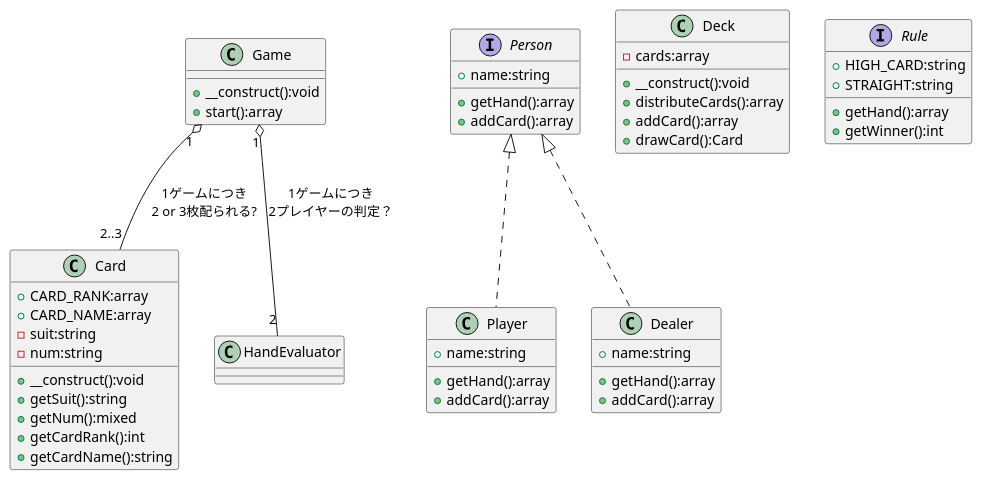
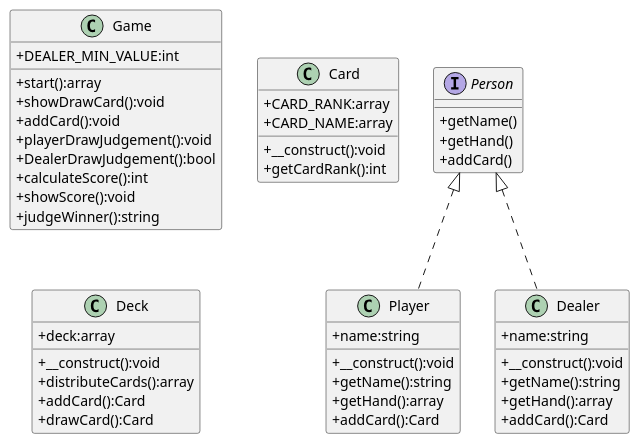
Before and after one commit to tneofull/BlackJack: the diagram in class.pu, drawn with PlantUML. The commit also changed 5 other files, not shown here.

```diff
--- a/class.pu
+++ b/class.pu
@@ -1,62 +1,60 @@
 @startuml
-
+skinparam classAttributeIconSize 0
 
 class Game {
-  ' +cards1:array
-  ' +cards2:array
-  +__construct():void
+  +DEALER_MIN_VALUE:int
+  ' +__construct():void
   +start():array
-
+  +showDrawCard():void
+  +addCard():void
+  +playerDrawJudgement():void
+  +DealerDrawJudgement():bool
+  +calculateScore():int
+  +showScore():void
+  +judgeWinner():string
 }
 
 interface Person {
-  +name:string
-  +getHand():array
-  +addCard():array
+  +getName()
+  +getHand()
+  +addCard()
 }
 
 class Player implements Person {
   +name:string
+  +__construct():void
+  +getName():string
   +getHand():array
-  +addCard():array
+  +addCard():Card
 }
 
 class Dealer implements Person {
   +name:string
+  +__construct():void
+  +getName():string
   +getHand():array
-  +addCard():array
+  +addCard():Card
 }
 
 class Card {
   +CARD_RANK:array
   +CARD_NAME:array
-  -suit:string
-  -num:string
+  ' -suit:string
+  ' -num:string
   +__construct():void
-  +getSuit():string
-  +getNum():mixed
   +getCardRank():int
-  +getCardName():string
+  ' +getSuit():string
+  ' +getNum():mixed
+  ' +getCardName():string
 }
 
 class Deck {
-  -cards:array
+  +deck:array
   +__construct():void
   +distributeCards():array
-  +addCard():array
+  +addCard():Card
   +drawCard():Card
 }
 
-interface Rule {
-  +HIGH_CARD:string
-  +STRAIGHT:string
-  +getHand():array
-  +getWinner():int
-}
-
-
-Game "1" o-- "2..3" Card:1ゲームにつき\n2 or 3枚配られる?
-Game "1" o-- "2" HandEvaluator:1ゲームにつき\n2プレイヤーの判定？
-
 
 @enduml
```
